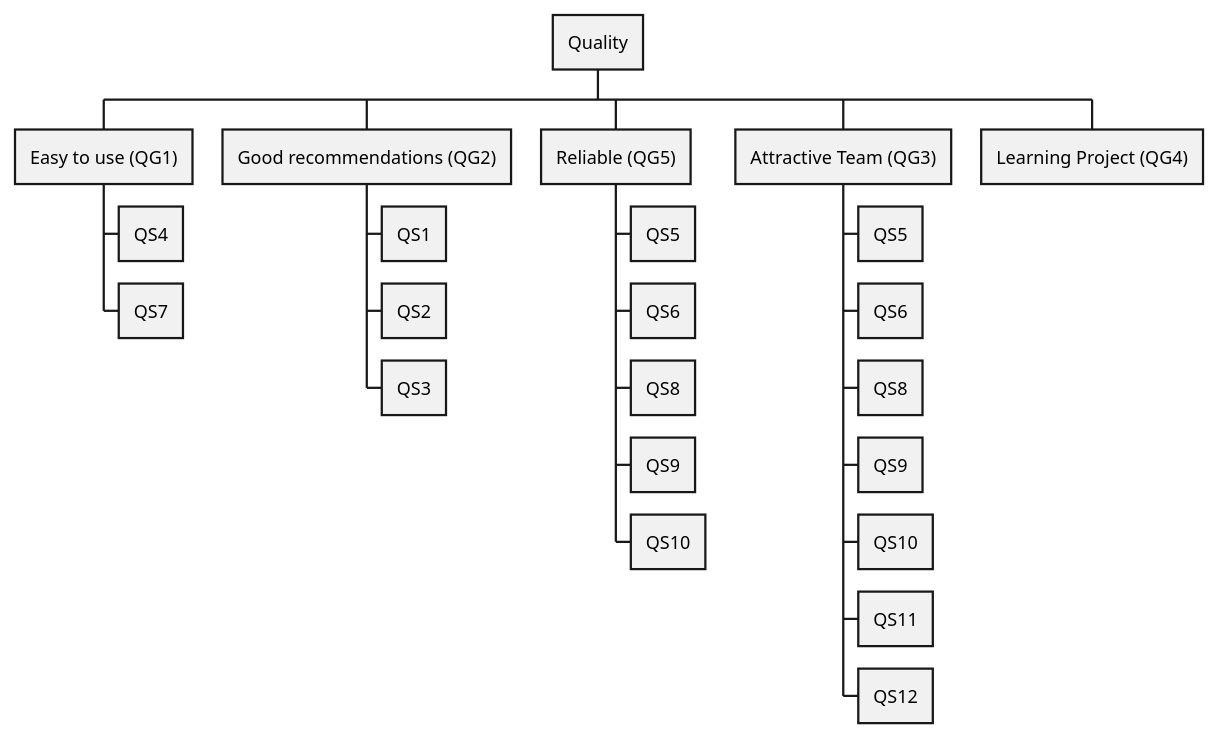
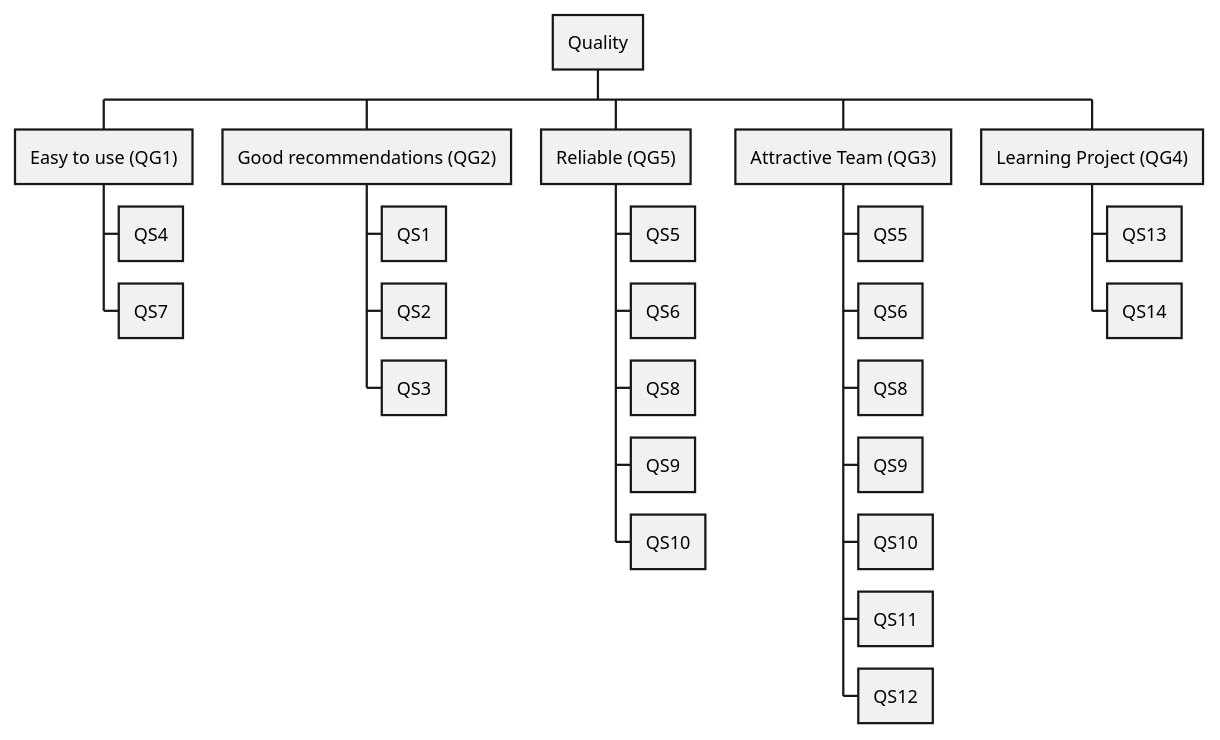
Before and after one commit to dancier/documentation: the diagram in src/main/jbake/content/documentation/arc42/src/10_quality_scenarios.adoc, drawn with PlantUML. The commit also changed other lines of this file and 2 other files, not shown here.

```diff
--- a/src/main/jbake/content/documentation/arc42/src/10_quality_scenarios.adoc
+++ b/src/main/jbake/content/documentation/arc42/src/10_quality_scenarios.adoc
@@ -6,34 +6,36 @@
 [plantuml, quality-tree, svg]
 ....
 @startwbs
 * Quality
 ** Easy to use (QG1)
 *** QS4
 *** QS7
 
 ** Good recommendations (QG2)
 *** QS1
 *** QS2
 *** QS3
 
 ** Reliable (QG5)
 *** QS5
 *** QS6
 *** QS8
 *** QS9
 *** QS10
 
 
 ** Attractive Team (QG3)
 *** QS5
 *** QS6
 *** QS8
 *** QS9
 *** QS10
 *** QS11
 *** QS12
 
 ** Learning Project (QG4)
+*** QS13
+*** QS14
 
 @endwbs
 ....
```
